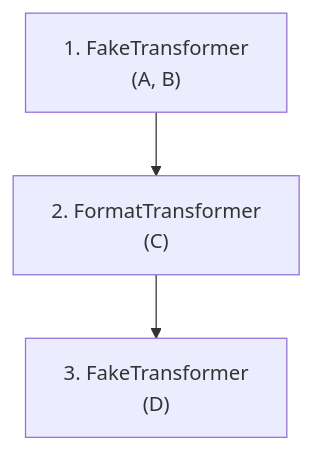
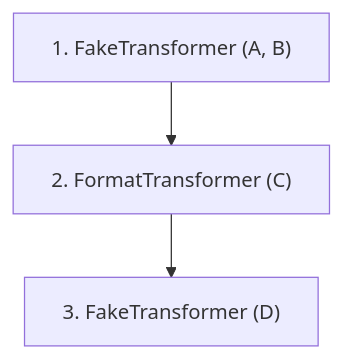
The diagram in COOKBOOK.md (nicopon/dtpipe), drawn with Mermaid before and after one commit. The commit also changed other lines of this file and 8 other files, not shown here.

````diff
--- a/COOKBOOK.md
+++ b/COOKBOOK.md
@@ -147,8 +131,7 @@
 ```mermaid
 graph TB
-    S1["1. FakeTransformer<br/>(A, B)"]
-    S2["2. FormatTransformer<br/>(C)"]
-    S3["3. FakeTransformer<br/>(D)"]
-    
+    S1["1. FakeTransformer (A, B)"]
+    S2["2. FormatTransformer (C)"]
+    S3["3. FakeTransformer (D)"]
     S1 --> S2 --> S3
 ```
````
